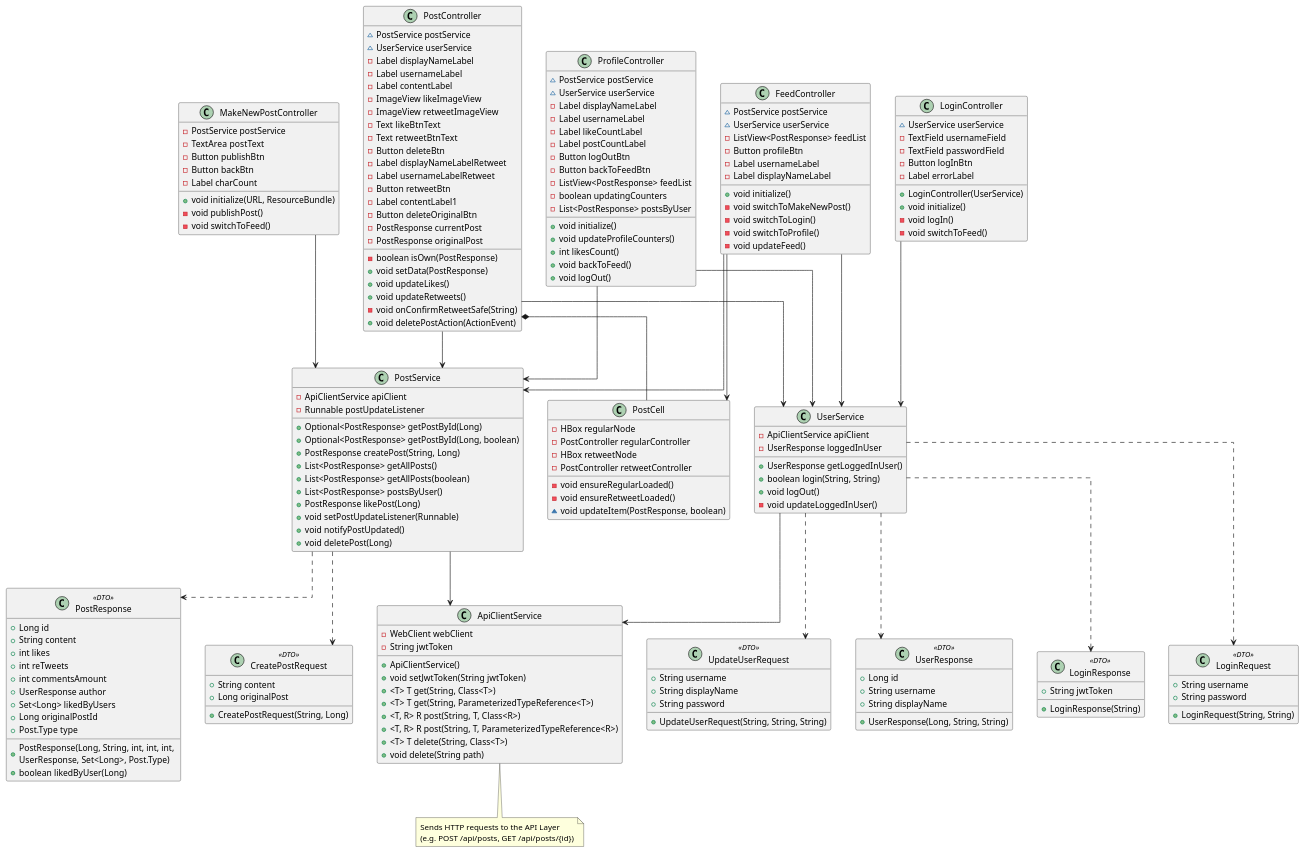
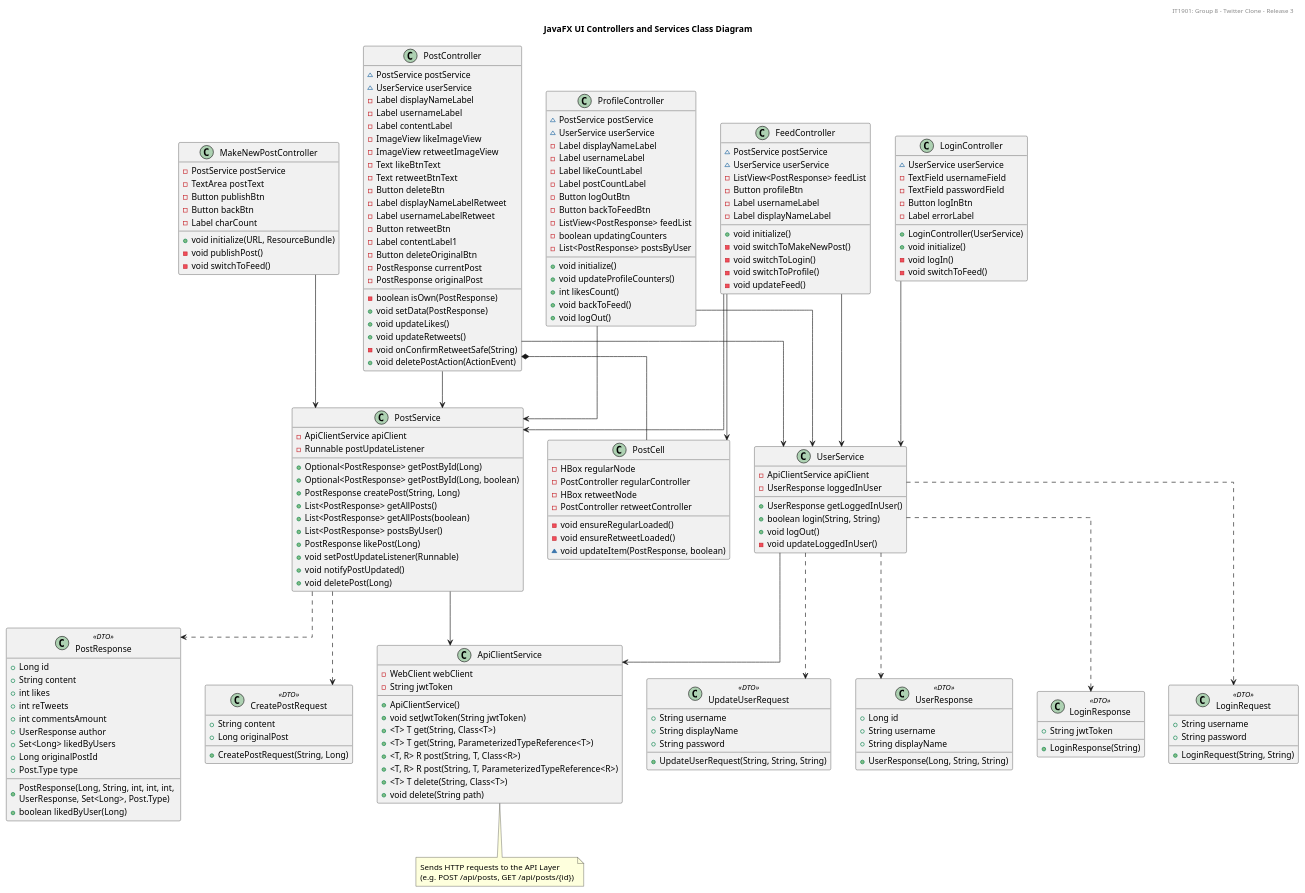
The diagram in docs/release3/class-diagram1.puml (ZeroWave022/twitter-clone), drawn with PlantUML before and after one commit. The commit also changed 1 other file, not shown here.

Commit message:
docs: Formatting changes in diagrams

```diff
--- a/docs/release3/class-diagram1.puml
+++ b/docs/release3/class-diagram1.puml
@@ -1,4 +1,7 @@
-@startuml classDiagram
+@startuml classDiagram1
+title JavaFX UI Controllers and Services Class Diagram
+header IT1901: Group 8 - Twitter Clone - Release 3
+
 skinparam linetype ortho
 skinparam padding 1
 skinparam nodesep 40
@@ -103,6 +106,7 @@
 class UserService {
   - ApiClientService apiClient
   - UserResponse loggedInUser
+
   + UserResponse getLoggedInUser()
   + boolean login(String, String)
   + void logOut()
@@ -111,6 +115,7 @@
 class PostService {
   - ApiClientService apiClient
   - Runnable postUpdateListener
+
   + Optional<PostResponse> getPostById(Long)
   + Optional<PostResponse> getPostById(Long, boolean)
   + PostResponse createPost(String, Long)
@@ -134,7 +139,6 @@
   + <T> T delete(String, Class<T>)
   + void delete(String path)
 }
-
 
 class CreatePostRequest <<DTO>> {
   + String content
```
